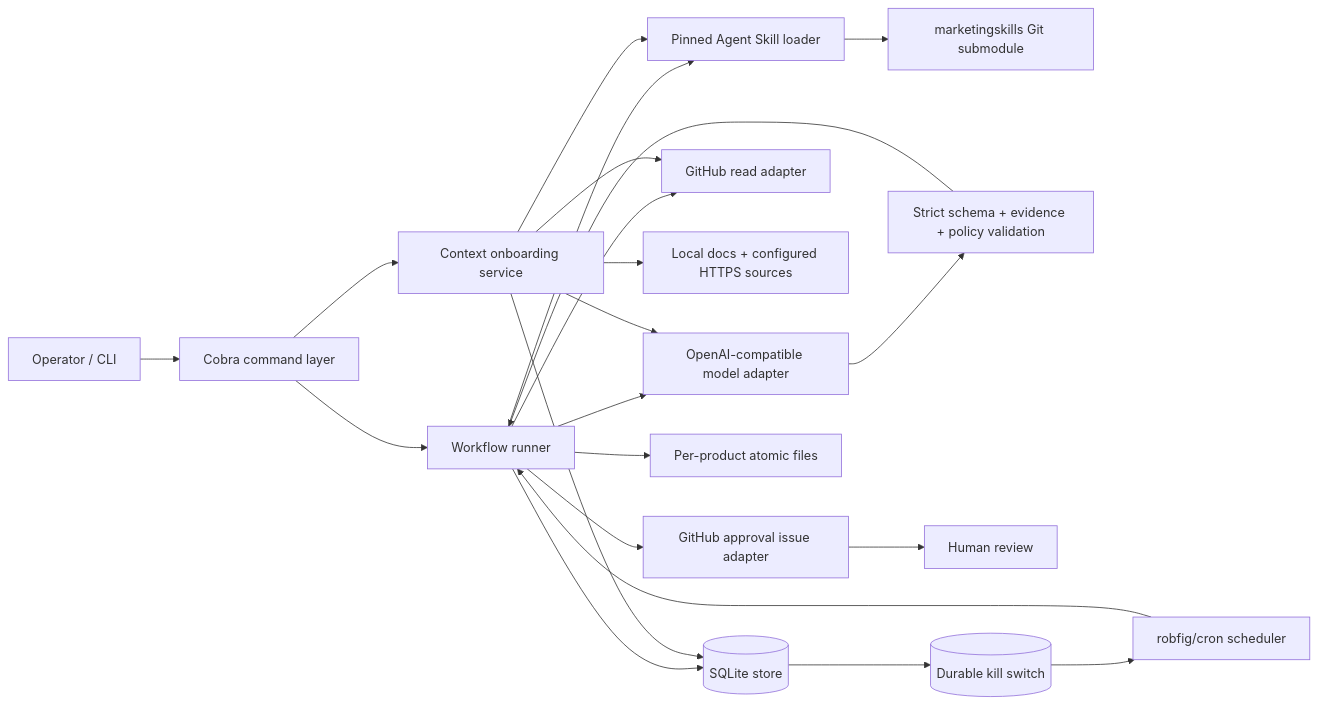
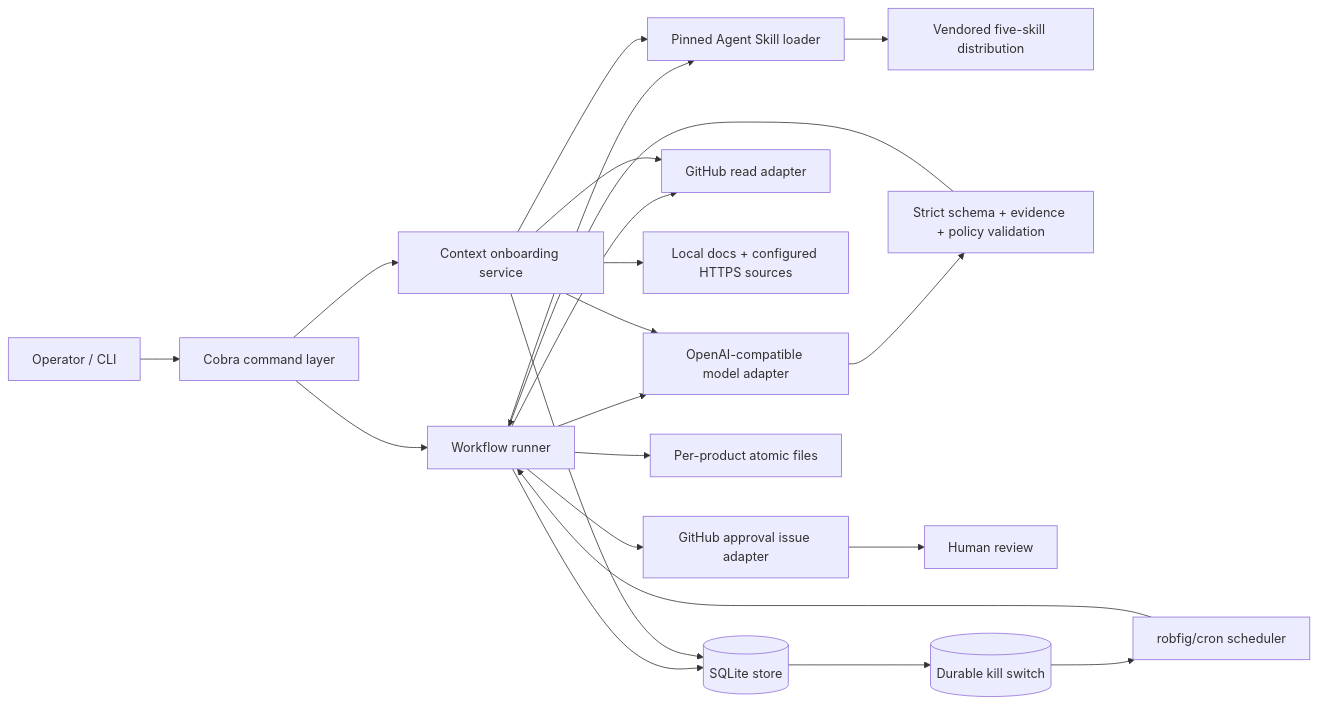
One commit to 0merUfuk/marketing-os changed the first of 4 diagrams in docs/architecture.md. Above: the diagram before and after it, drawn with Mermaid. The commit also changed other lines of this file and 63 other files, not shown here.

````diff
--- a/docs/architecture.md
+++ b/docs/architecture.md
@@ -14,28 +14,28 @@
 ```mermaid
 flowchart LR
   Operator[Operator / CLI] --> Cobra[Cobra command layer]
   Cron[robfig/cron scheduler] --> Runner[Workflow runner]
   Cobra --> Runner
   Cobra --> Context[Context onboarding service]
 
   Runner --> Store[(SQLite store)]
   Context --> Store
   Runner --> Skills[Pinned Agent Skill loader]
   Context --> Skills
-  Skills --> Submodule[marketingskills Git submodule]
+  Skills --> Vendored[Vendored five-skill distribution]
 
   Runner --> GHRead[GitHub read adapter]
   Context --> Sources[Local docs + configured HTTPS sources]
   Context --> GHRead
   Runner --> Model[OpenAI-compatible model adapter]
   Context --> Model
 
   Model --> Validator[Strict schema + evidence + policy validation]
   Validator --> Runner
   Runner --> Workspace[Per-product atomic files]
   Runner --> GHWrite[GitHub approval issue adapter]
   GHWrite --> Human[Human review]
 
   Kill[(Durable kill switch)] --> Cron
   Store --> Kill
 ```
````
